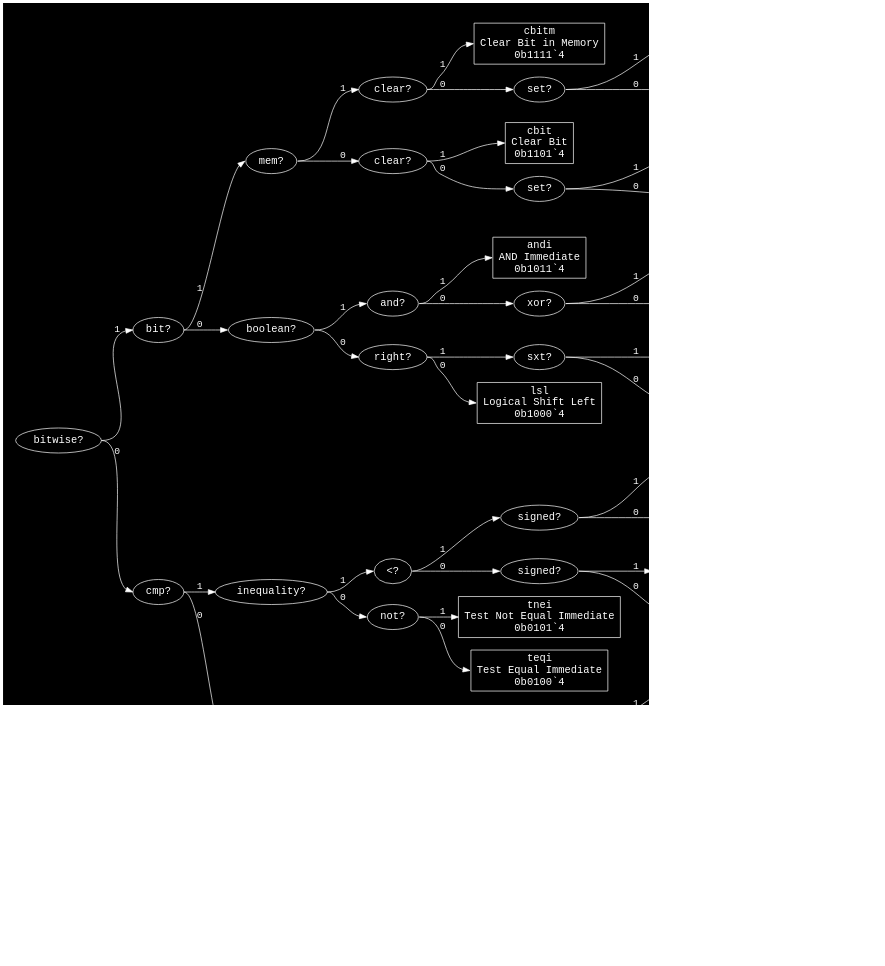
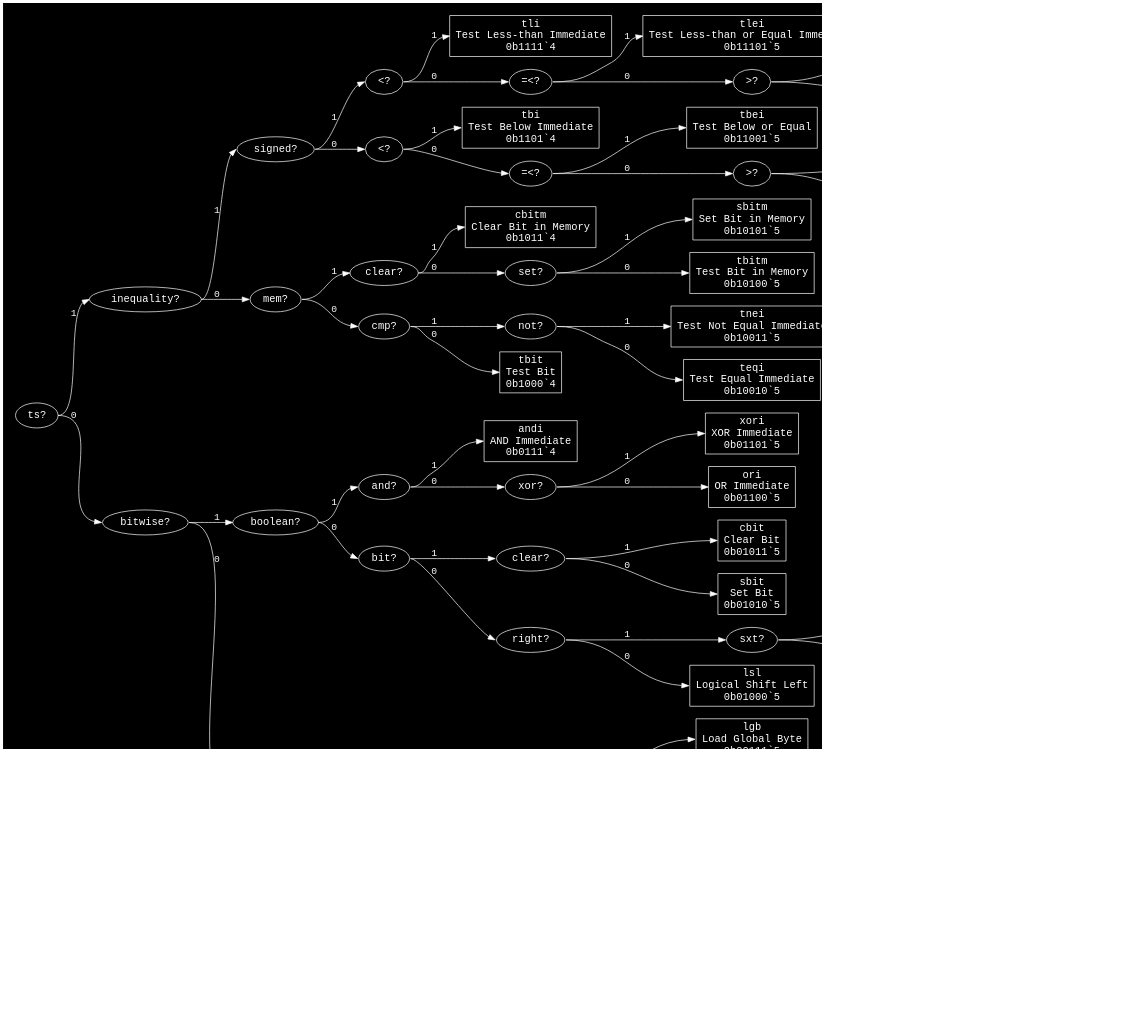
The diagram in assets/graphs/ri(1).dot (eignnx/SPRIND), drawn with Graphviz before and after one commit. The commit also changed 11 other files, not shown here.

```diff
--- a/assets/graphs/ri(1).dot
+++ b/assets/graphs/ri(1).dot
@@ -1,102 +1,118 @@
 digraph "Format ri(1)" {
   graph [dpi = 100, bgcolor="#111", fontcolor="white", rankdir=LR, pad="0.25"];
   node [fontname = "Courier", fontsize="15pt", color="white", fontcolor="white"];
   edge [fontname = "Courier", color="white", fontcolor="white"];
-  "bitwise_3076316157" [label = "bitwise?", shape = ellipse];
-  "bitwise_3076316157":e -> "bit_3971015249":w [label = "1"];
-  "bitwise_3076316157":e -> "cmp_1512224782":w [label = "0"];
-  "bit_3971015249" [label = "bit?", shape = ellipse];
-  "bit_3971015249":e -> "mem_4136160349":w [label = "1"];
-  "bit_3971015249":e -> "boolean_744388887":w [label = "0"];
-  "mem_4136160349" [label = "mem?", shape = ellipse];
-  "mem_4136160349":e -> "clear_103705916":w [label = "1"];
-  "mem_4136160349":e -> "clear_3665135777":w [label = "0"];
+  "ts_837816998" [label = "ts?", shape = ellipse];
+  "ts_837816998":e -> "inequality_2636427050":w [label = "1"];
+  "ts_837816998":e -> "bitwise_1004068425":w [label = "0"];
+  "inequality_2636427050" [label = "inequality?", shape = ellipse];
+  "inequality_2636427050":e -> "signed_1124374725":w [label = "1"];
+  "inequality_2636427050":e -> "mem_3751278934":w [label = "0"];
+  "signed_1124374725" [label = "signed?", shape = ellipse];
+  "signed_1124374725":e -> "<_467631746":w [label = "1"];
+  "signed_1124374725":e -> "<_3483661969":w [label = "0"];
+  "<_467631746" [label = "<?", shape = ellipse];
+  "<_467631746":e -> "tli_4278840585":w [label = "1"];
+  "<_467631746":e -> "=<_704147107":w [label = "0"];
+  "tli_4278840585" [label = "tli\nTest Less-than Immediate\n0b1111`4", shape = rectangle];
+  "=<_704147107" [label = "=<?", shape = ellipse];
+  "=<_704147107":e -> "tlei_4151089037":w [label = "1"];
+  "=<_704147107":e -> ">_3045344387":w [label = "0"];
+  "tlei_4151089037" [label = "tlei\nTest Less-than or Equal Immediate\n0b11101`5", shape = rectangle];
+  ">_3045344387" [label = ">?", shape = ellipse];
+  ">_3045344387":e -> "tgi_3124912709":w [label = "1"];
+  ">_3045344387":e -> "tgei_557977608":w [label = "0"];
+  "tgi_3124912709" [label = "tgi\nTest Greater-than Immediate\n0b111001`6", shape = rectangle];
+  "tgei_557977608" [label = "tgei\nTest Greater-than or Equal Immediate\n0b111000`6", shape = rectangle];
+  "<_3483661969" [label = "<?", shape = ellipse];
+  "<_3483661969":e -> "tbi_1803022034":w [label = "1"];
+  "<_3483661969":e -> "=<_617686589":w [label = "0"];
+  "tbi_1803022034" [label = "tbi\nTest Below Immediate\n0b1101`4", shape = rectangle];
+  "=<_617686589" [label = "=<?", shape = ellipse];
+  "=<_617686589":e -> "tbei_2451929566":w [label = "1"];
+  "=<_617686589":e -> ">_406090384":w [label = "0"];
+  "tbei_2451929566" [label = "tbei\nTest Below or Equal\n0b11001`5", shape = rectangle];
+  ">_406090384" [label = ">?", shape = ellipse];
+  ">_406090384":e -> "tai_2212457599":w [label = "1"];
+  ">_406090384":e -> "taei_3062965178":w [label = "0"];
+  "tai_2212457599" [label = "tai\nTest Above Immediate\n0b110001`6", shape = rectangle];
+  "taei_3062965178" [label = "taei\nTest Above or Equal\n0b110000`6", shape = rectangle];
+  "mem_3751278934" [label = "mem?", shape = ellipse];
+  "mem_3751278934":e -> "clear_103705916":w [label = "1"];
+  "mem_3751278934":e -> "cmp_4230357434":w [label = "0"];
   "clear_103705916" [label = "clear?", shape = ellipse];
   "clear_103705916":e -> "cbitm_1431572186":w [label = "1"];
   "clear_103705916":e -> "set_527830127":w [label = "0"];
-  "cbitm_1431572186" [label = "cbitm\nClear Bit in Memory\n0b1111`4", shape = rectangle];
+  "cbitm_1431572186" [label = "cbitm\nClear Bit in Memory\n0b1011`4", shape = rectangle];
   "set_527830127" [label = "set?", shape = ellipse];
   "set_527830127":e -> "sbitm_2354322707":w [label = "1"];
   "set_527830127":e -> "tbitm_582469415":w [label = "0"];
-  "sbitm_2354322707" [label = "sbitm\nSet Bit in Memory\n0b11101`5", shape = rectangle];
-  "tbitm_582469415" [label = "tbitm\nTest Bit in Memory\n0b11100`5", shape = rectangle];
-  "clear_3665135777" [label = "clear?", shape = ellipse];
-  "clear_3665135777":e -> "cbit_1090781855":w [label = "1"];
-  "clear_3665135777":e -> "set_2292089301":w [label = "0"];
-  "cbit_1090781855" [label = "cbit\nClear Bit\n0b1101`4", shape = rectangle];
-  "set_2292089301" [label = "set?", shape = ellipse];
-  "set_2292089301":e -> "sbit_1191143896":w [label = "1"];
-  "set_2292089301":e -> "tbit_1515321813":w [label = "0"];
-  "sbit_1191143896" [label = "sbit\nSet Bit\n0b11001`5", shape = rectangle];
-  "tbit_1515321813" [label = "tbit\nTest Bit\n0b11000`5", shape = rectangle];
-  "boolean_744388887" [label = "boolean?", shape = ellipse];
-  "boolean_744388887":e -> "and_1737530000":w [label = "1"];
-  "boolean_744388887":e -> "right_228344204":w [label = "0"];
+  "sbitm_2354322707" [label = "sbitm\nSet Bit in Memory\n0b10101`5", shape = rectangle];
+  "tbitm_582469415" [label = "tbitm\nTest Bit in Memory\n0b10100`5", shape = rectangle];
+  "cmp_4230357434" [label = "cmp?", shape = ellipse];
+  "cmp_4230357434":e -> "not_3951438124":w [label = "1"];
+  "cmp_4230357434":e -> "tbit_1515321813":w [label = "0"];
+  "not_3951438124" [label = "not?", shape = ellipse];
+  "not_3951438124":e -> "tnei_985548135":w [label = "1"];
+  "not_3951438124":e -> "teqi_1923059285":w [label = "0"];
+  "tnei_985548135" [label = "tnei\nTest Not Equal Immediate\n0b10011`5", shape = rectangle];
+  "teqi_1923059285" [label = "teqi\nTest Equal Immediate\n0b10010`5", shape = rectangle];
+  "tbit_1515321813" [label = "tbit\nTest Bit\n0b1000`4", shape = rectangle];
+  "bitwise_1004068425" [label = "bitwise?", shape = ellipse];
+  "bitwise_1004068425":e -> "boolean_3559181134":w [label = "1"];
+  "bitwise_1004068425":e -> "global_3649065013":w [label = "0"];
+  "boolean_3559181134" [label = "boolean?", shape = ellipse];
+  "boolean_3559181134":e -> "and_1737530000":w [label = "1"];
+  "boolean_3559181134":e -> "bit_4241267353":w [label = "0"];
   "and_1737530000" [label = "and?", shape = ellipse];
   "and_1737530000":e -> "andi_2713291393":w [label = "1"];
   "and_1737530000":e -> "xor_1831368423":w [label = "0"];
-  "andi_2713291393" [label = "andi\nAND Immediate\n0b1011`4", shape = rectangle];
+  "andi_2713291393" [label = "andi\nAND Immediate\n0b0111`4", shape = rectangle];
   "xor_1831368423" [label = "xor?", shape = ellipse];
   "xor_1831368423":e -> "xori_3423556496":w [label = "1"];
   "xor_1831368423":e -> "ori_27518996":w [label = "0"];
-  "xori_3423556496" [label = "xori\nXOR Immediate\n0b10101`5", shape = rectangle];
-  "ori_27518996" [label = "ori\nOR Immediate\n0b10100`5", shape = rectangle];
+  "xori_3423556496" [label = "xori\nXOR Immediate\n0b01101`5", shape = rectangle];
+  "ori_27518996" [label = "ori\nOR Immediate\n0b01100`5", shape = rectangle];
+  "bit_4241267353" [label = "bit?", shape = ellipse];
+  "bit_4241267353":e -> "clear_3426992860":w [label = "1"];
+  "bit_4241267353":e -> "right_228344204":w [label = "0"];
+  "clear_3426992860" [label = "clear?", shape = ellipse];
+  "clear_3426992860":e -> "cbit_1090781855":w [label = "1"];
+  "clear_3426992860":e -> "sbit_1191143896":w [label = "0"];
+  "cbit_1090781855" [label = "cbit\nClear Bit\n0b01011`5", shape = rectangle];
+  "sbit_1191143896" [label = "sbit\nSet Bit\n0b01010`5", shape = rectangle];
   "right_228344204" [label = "right?", shape = ellipse];
   "right_228344204":e -> "sxt_3376167809":w [label = "1"];
   "right_228344204":e -> "lsl_4212014722":w [label = "0"];
   "sxt_3376167809" [label = "sxt?", shape = ellipse];
   "sxt_3376167809":e -> "asr_1984370200":w [label = "1"];
   "sxt_3376167809":e -> "lsr_1330951523":w [label = "0"];
-  "asr_1984370200" [label = "asr\nArithmetic Shift Right\n0b10011`5", shape = rectangle];
-  "lsr_1330951523" [label = "lsr\nLogical Shift Right\n0b10010`5", shape = rectangle];
-  "lsl_4212014722" [label = "lsl\nLogical Shift Left\n0b1000`4", shape = rectangle];
-  "cmp_1512224782" [label = "cmp?", shape = ellipse];
-  "cmp_1512224782":e -> "inequality_2623122972":w [label = "1"];
-  "cmp_1512224782":e -> "global_3649065013":w [label = "0"];
-  "inequality_2623122972" [label = "inequality?", shape = ellipse];
-  "inequality_2623122972":e -> "<_3206338491":w [label = "1"];
-  "inequality_2623122972":e -> "not_3951438124":w [label = "0"];
-  "<_3206338491" [label = "<?", shape = ellipse];
-  "<_3206338491":e -> "signed_2644554226":w [label = "1"];
-  "<_3206338491":e -> "signed_173989917":w [label = "0"];
-  "signed_2644554226" [label = "signed?", shape = ellipse];
-  "signed_2644554226":e -> "tli_4278840585":w [label = "1"];
-  "signed_2644554226":e -> "tbi_1803022034":w [label = "0"];
-  "tli_4278840585" [label = "tli\nTest Less-than Immediate\n0b01111`5", shape = rectangle];
-  "tbi_1803022034" [label = "tbi\nTest Below Immediate\n0b01110`5", shape = rectangle];
-  "signed_173989917" [label = "signed?", shape = ellipse];
-  "signed_173989917":e -> "tgei_557977608":w [label = "1"];
-  "signed_173989917":e -> "taei_3062965178":w [label = "0"];
-  "tgei_557977608" [label = "tgei\nTest Greater-than or Equal Immediate\n0b01101`5", shape = rectangle];
-  "taei_3062965178" [label = "taei\nTest Above or Equal\n0b01100`5", shape = rectangle];
-  "not_3951438124" [label = "not?", shape = ellipse];
-  "not_3951438124":e -> "tnei_985548135":w [label = "1"];
-  "not_3951438124":e -> "teqi_1923059285":w [label = "0"];
-  "tnei_985548135" [label = "tnei\nTest Not Equal Immediate\n0b0101`4", shape = rectangle];
-  "teqi_1923059285" [label = "teqi\nTest Equal Immediate\n0b0100`4", shape = rectangle];
+  "asr_1984370200" [label = "asr\nArithmetic Shift Right\n0b010011`6", shape = rectangle];
+  "lsr_1330951523" [label = "lsr\nLogical Shift Right\n0b010010`6", shape = rectangle];
+  "lsl_4212014722" [label = "lsl\nLogical Shift Left\n0b01000`5", shape = rectangle];
   "global_3649065013" [label = "global?", shape = ellipse];
   "global_3649065013":e -> "byte_2192831660":w [label = "1"];
   "global_3649065013":e -> "carry_3626996390":w [label = "0"];
   "byte_2192831660" [label = "byte?", shape = ellipse];
   "byte_2192831660":e -> "load_2839901433":w [label = "1"];
   "byte_2192831660":e -> "load_554118967":w [label = "0"];
   "load_2839901433" [label = "load?", shape = ellipse];
   "load_2839901433":e -> "lgb_655168221":w [label = "1"];
   "load_2839901433":e -> "sgb_1875894407":w [label = "0"];
   "lgb_655168221" [label = "lgb\nLoad Global Byte\n0b00111`5", shape = rectangle];
   "sgb_1875894407" [label = "sgb\nStore Global Byte\n0b00110`5", shape = rectangle];
   "load_554118967" [label = "load?", shape = ellipse];
   "load_554118967":e -> "lgw_2119801931":w [label = "1"];
   "load_554118967":e -> "sgw_1027344291":w [label = "0"];
   "lgw_2119801931" [label = "lgw\nLoad Global Word\n0b00101`5", shape = rectangle];
   "sgw_1027344291" [label = "sgw\nStore Global Word\n0b00100`5", shape = rectangle];
   "carry_3626996390" [label = "carry?", shape = ellipse];
   "carry_3626996390":e -> "add_2988812671":w [label = "1"];
   "carry_3626996390":e -> "addi_3700678199":w [label = "0"];
   "add_2988812671" [label = "add?", shape = ellipse];
   "add_2988812671":e -> "addicy_1371269823":w [label = "1"];
   "add_2988812671":e -> "subicy_1680666554":w [label = "0"];
   "addicy_1371269823" [label = "addicy\nAdd Immediate with Carry\n0b00011`5", shape = rectangle];
   "subicy_1680666554" [label = "subicy\nSubtract Immediate with Carry\n0b00010`5", shape = rectangle];
   "addi_3700678199" [label = "addi\nAdd Immediate\n0b0000`4", shape = rectangle];
 }
```
